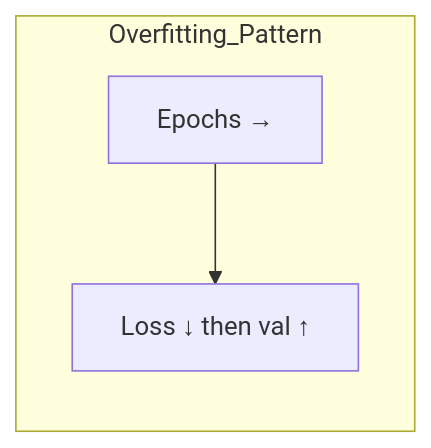
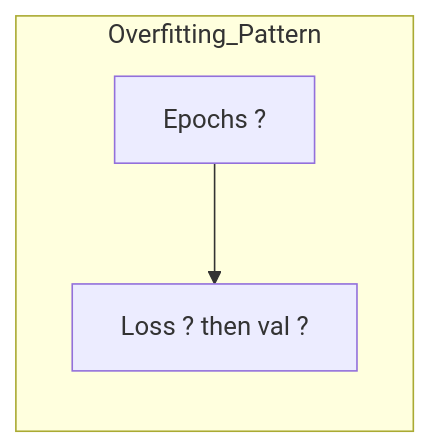
One commit to Raushan666java/ai-engineering-journey changed the eighth of 10 diagrams in docs/courses/machine-learning/07-neural-networks.md. Above: the diagram before and after it, drawn with Mermaid. The commit also changed other lines of this file and 790 other files, not shown here.

Commit message:
Sync all course diagram renders and content updates

````diff
--- a/docs/courses/machine-learning/07-neural-networks.md
+++ b/docs/courses/machine-learning/07-neural-networks.md
@@ -715,6 +715,6 @@
 ```mermaid
 graph LR
     subgraph Overfitting_Pattern
-        A["Epochs →"] --> B["Loss ↓ then val ↑"]
+        A["Epochs ?"] --> B["Loss ? then val ?"]
     end
 ```
````
